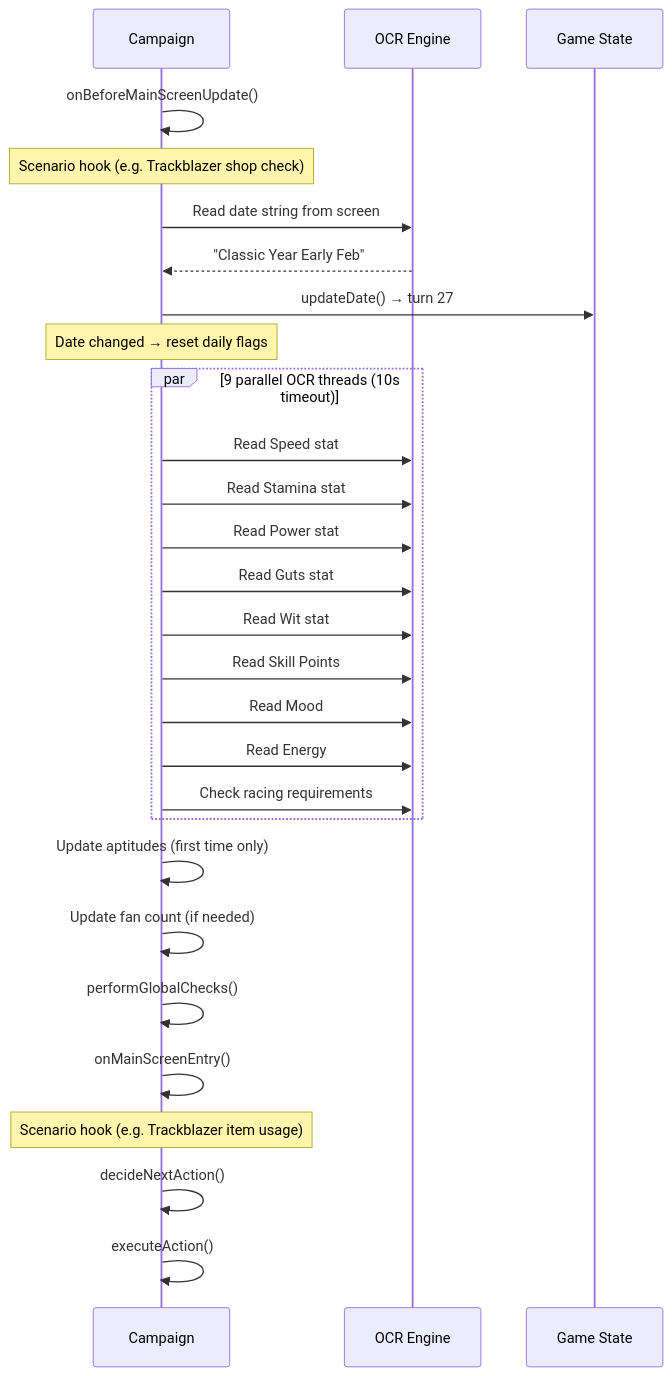
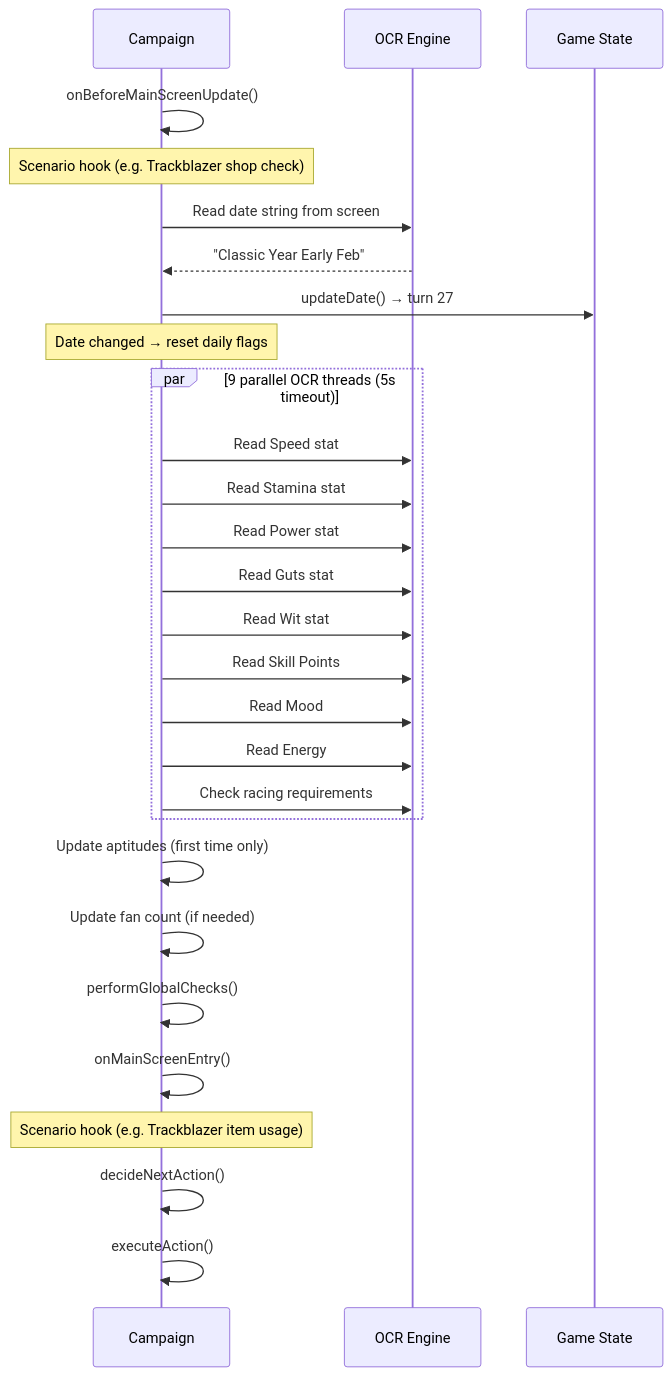
The fourth of 7 diagrams in HOW_IT_WORKS.md (lhceist41/uma-auto-plus), drawn with Mermaid before and after one commit. The commit also changed other lines of this file and 7 other files, not shown here.

````diff
--- a/HOW_IT_WORKS.md
+++ b/HOW_IT_WORKS.md
@@ -183,35 +183,35 @@
 ```mermaid
 sequenceDiagram
     participant Bot as Campaign
     participant OCR as OCR Engine
     participant State as Game State
 
     Bot->>Bot: onBeforeMainScreenUpdate()
     Note over Bot: Scenario hook (e.g. Trackblazer shop check)
 
     Bot->>OCR: Read date string from screen
     OCR-->>Bot: "Classic Year Early Feb"
     Bot->>State: updateDate() → turn 27
 
     Note over Bot: Date changed → reset daily flags
 
-    par 9 parallel OCR threads (10s timeout)
+    par 9 parallel OCR threads (5s timeout)
         Bot->>OCR: Read Speed stat
         Bot->>OCR: Read Stamina stat
         Bot->>OCR: Read Power stat
         Bot->>OCR: Read Guts stat
         Bot->>OCR: Read Wit stat
         Bot->>OCR: Read Skill Points
         Bot->>OCR: Read Mood
         Bot->>OCR: Read Energy
         Bot->>OCR: Check racing requirements
     end
 
     Bot->>Bot: Update aptitudes (first time only)
     Bot->>Bot: Update fan count (if needed)
     Bot->>Bot: performGlobalChecks()
     Bot->>Bot: onMainScreenEntry()
     Note over Bot: Scenario hook (e.g. Trackblazer item usage)
     Bot->>Bot: decideNextAction()
     Bot->>Bot: executeAction()
 ```
````
